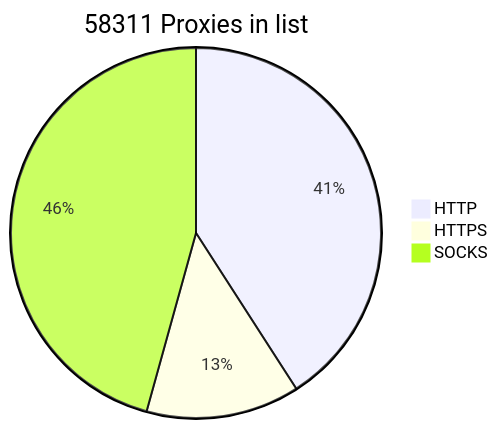
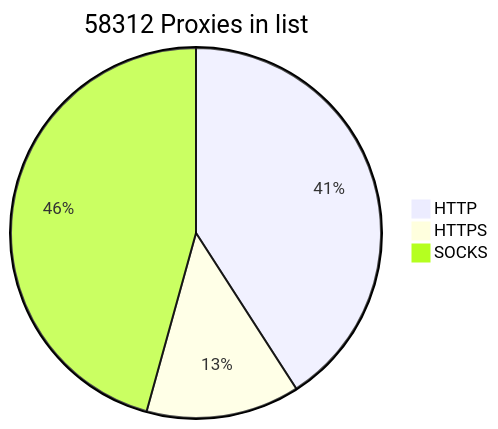
The diagram in README.md (BlackSnowDot/proxylist-update-every-minute), drawn with Mermaid before and after one commit.

````diff
--- a/README.md
+++ b/README.md
@@ -2,6 +2,6 @@
 ```mermaid
-pie title 58311 Proxies in list
+pie title 58312 Proxies in list
     "HTTP" : 26871
     "HTTPS": 8810
-    "SOCKS" : 30027
+    "SOCKS" : 30028
 ```
````
